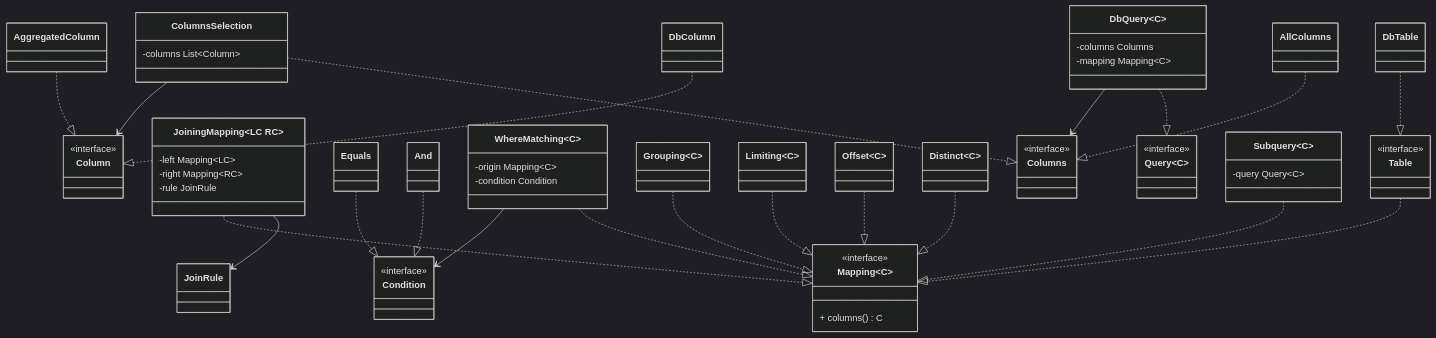
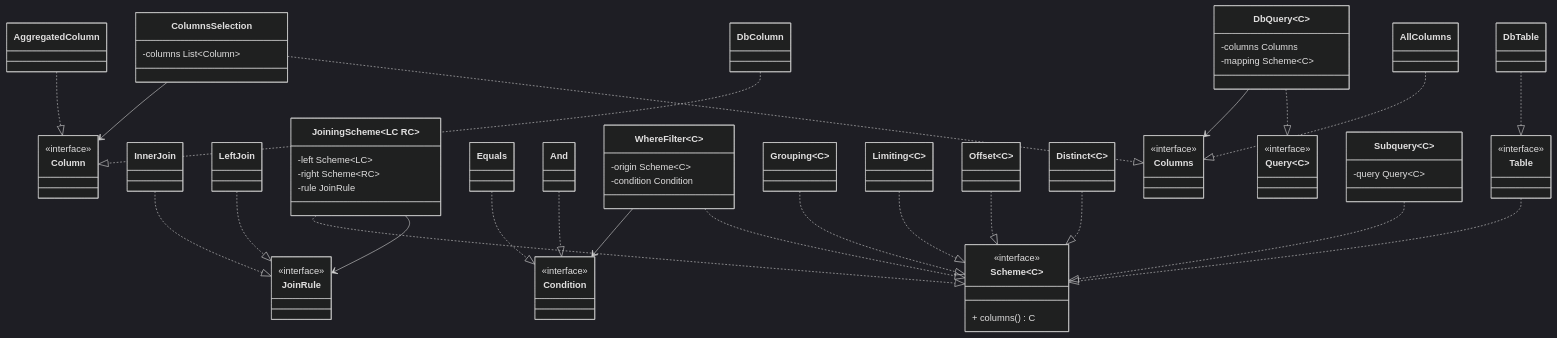
The diagram in docs/domain.md (safarislava/QueryBricks), drawn with Mermaid (dark theme) before and after one commit. The commit also changed other lines of this file, not shown here.

````diff
--- a/docs/domain.md
+++ b/docs/domain.md
@@ -1,6 +1,6 @@
 ```mermaid
 classDiagram
-    class Mapping~C~ {
+    class Scheme~C~ {
         <<interface>>
         + columns() C
     }
@@ -8,20 +8,27 @@
     class Table {
         <<interface>>
     }
-    Table ..|> Mapping
+    Table ..|> Scheme
 
     class DbTable
     DbTable ..|> Table
 
-    class JoinRule
+    class JoinRule {
+        <<interface>>
+    }
 
-    class JoiningMapping~LC RC~ {
-        -left Mapping~LC~
-        -right Mapping~RC~
+    class InnerJoin
+    InnerJoin ..|> JoinRule
+    class LeftJoin
+    LeftJoin ..|> JoinRule
+
+    class JoiningScheme~LC RC~ {
+        -left Scheme~LC~
+        -right Scheme~RC~
         -rule JoinRule
     }
-    JoiningMapping --> JoinRule
-    JoiningMapping ..|> Mapping
+    JoiningScheme --> JoinRule
+    JoiningScheme ..|> Scheme
 
     class Condition {
         <<interface>>
@@ -32,25 +39,25 @@
     class And
     And ..|> Condition
 
-    class WhereMatching~C~ {
-        -origin Mapping~C~
+    class WhereFilter~C~ {
+        -origin Scheme~C~
         -condition Condition
     }
-    %% надо сделать так, чтобы WHERE нельзя было писать после Transformation
-    WhereMatching ..|> Mapping
-    WhereMatching --> Condition
+    %% надо сделать так, чтобы WHERE нельзя было писать после GROUP BY
+    WhereFilter ..|> Scheme
+    WhereFilter --> Condition
 
     class Grouping~C~
-    Grouping ..|> Mapping
+    Grouping ..|> Scheme
 
     class Limiting~C~
-    Limiting ..|> Mapping
+    Limiting ..|> Scheme
 
     class Offset~C~
-    Offset ..|> Mapping
+    Offset ..|> Scheme
 
     class Distinct~C~
-    Distinct ..|> Mapping
+    Distinct ..|> Scheme
 
     %% спроектировать HAVING
 
@@ -80,7 +87,7 @@
     class Subquery~C~ {
         -query Query~C~
     }
-    Subquery ..|> Mapping
+    Subquery ..|> Scheme
 
     class Query~C~ {
         <<interface>>
@@ -88,7 +95,7 @@
 
     class DbQuery~C~ {
         -columns Columns
-        -mapping Mapping~C~
+        -mapping Scheme~C~
     }
     DbQuery ..|> Query
     DbQuery --> Columns
````
